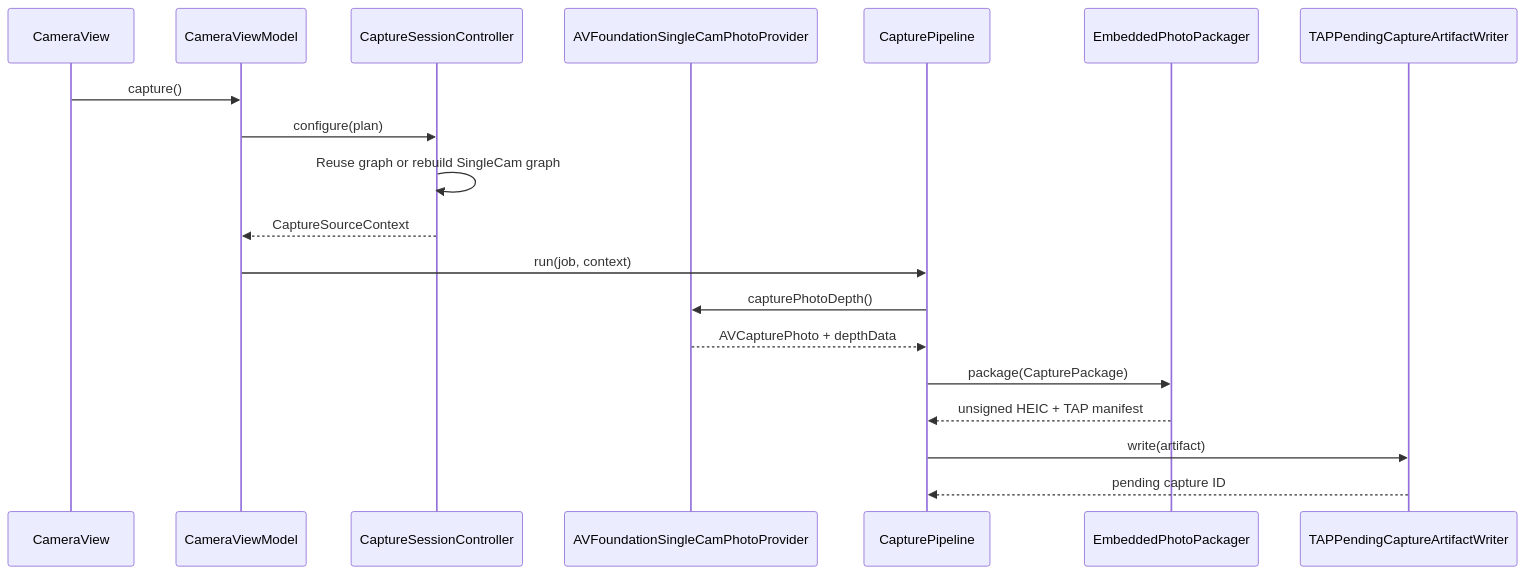
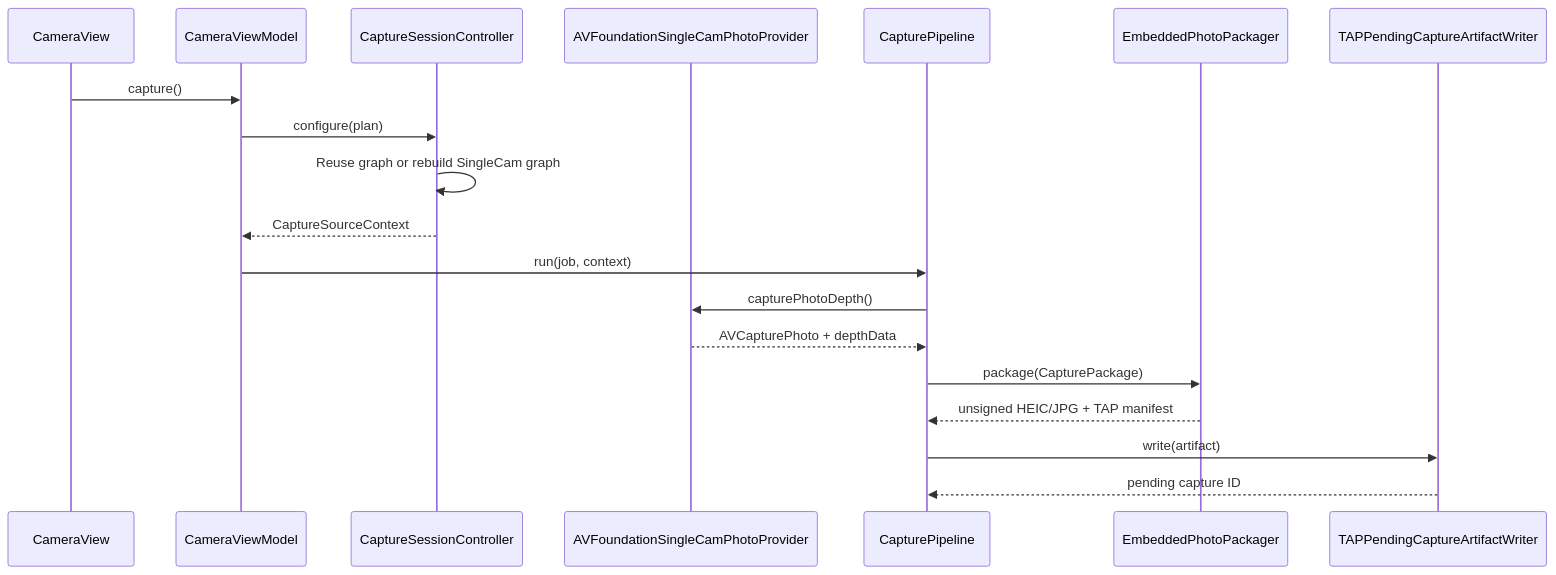
One commit to TAP-NAP/TAPCamDemo changed the third of 4 diagrams in TAPCamDemo/CameraCapture/README.md. Above: the diagram before and after it, drawn with Mermaid. The commit also changed other lines of this file and 75 other files, not shown here.

Commit message:
Refine capture and diagnostics flow

````diff
--- a/TAPCamDemo/CameraCapture/README.md
+++ b/TAPCamDemo/CameraCapture/README.md
@@ -100,22 +100,22 @@
 ```mermaid
 sequenceDiagram
     participant View as CameraView
     participant VM as CameraViewModel
     participant Controller as CaptureSessionController
     participant Provider as AVFoundationSingleCamPhotoProvider
     participant Pipeline as CapturePipeline
     participant Packager as EmbeddedPhotoPackager
     participant Writer as TAPPendingCaptureArtifactWriter
 
     View->>VM: capture()
     VM->>Controller: configure(plan)
     Controller->>Controller: Reuse graph or rebuild SingleCam graph
     Controller-->>VM: CaptureSourceContext
     VM->>Pipeline: run(job, context)
     Pipeline->>Provider: capturePhotoDepth()
     Provider-->>Pipeline: AVCapturePhoto + depthData
     Pipeline->>Packager: package(CapturePackage)
-    Packager-->>Pipeline: unsigned HEIC + TAP manifest
+    Packager-->>Pipeline: unsigned HEIC/JPG + TAP manifest
     Pipeline->>Writer: write(artifact)
     Writer-->>Pipeline: pending capture ID
 ```
````
